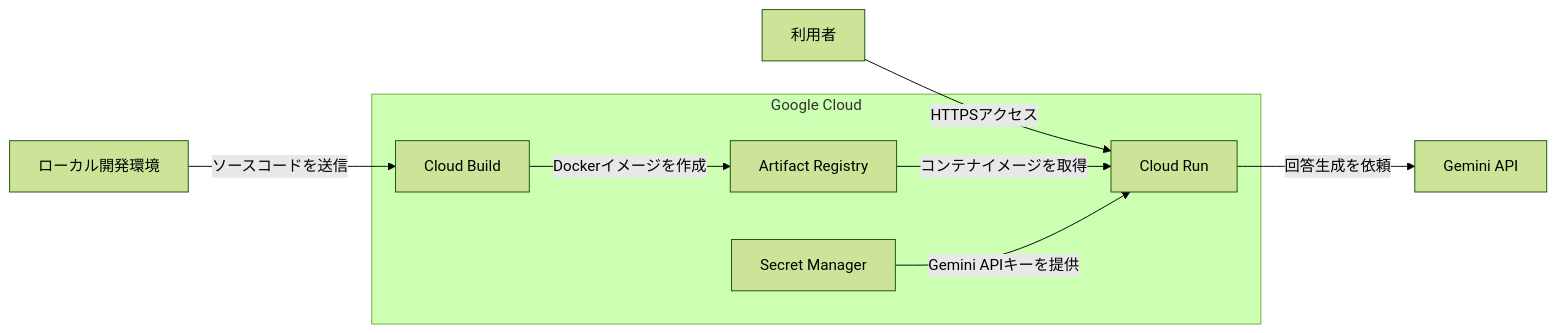
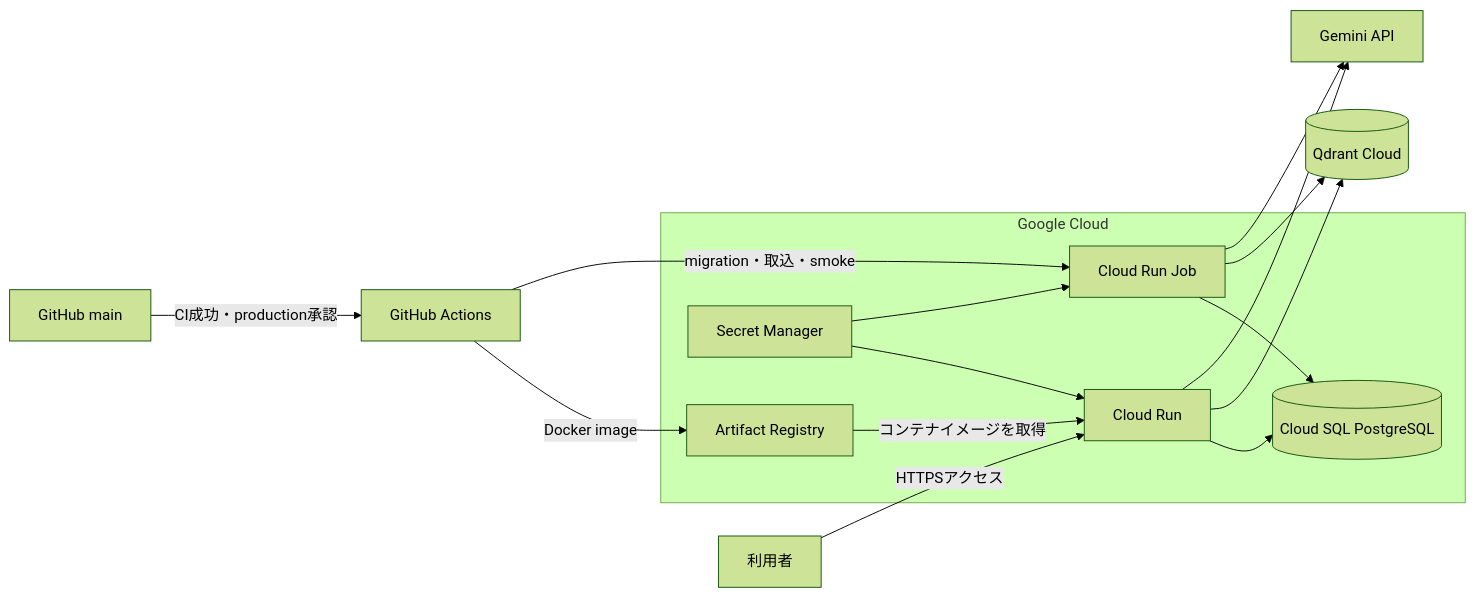
Before and after one commit to toko1970/municipal-rag-assistant: the second of 2 diagrams in README.md, drawn with Mermaid (forest theme). The commit also changed other lines of this file and 3 other files, not shown here.

````diff
--- a/README.md
+++ b/README.md
@@ -82,18 +84,24 @@
 ```mermaid
 flowchart LR
     USER[利用者] -->|HTTPSアクセス| CR[Cloud Run]
-
-    DEV[ローカル開発環境] -->|ソースコードを送信| CB[Cloud Build]
-    CB -->|Dockerイメージを作成| AR[Artifact Registry]
+    DEV[GitHub main] -->|CI成功・production承認| GHA[GitHub Actions]
+    GHA -->|Docker image| AR[Artifact Registry]
+    GHA -->|migration・取込・smoke| JOB[Cloud Run Job]
     AR -->|コンテナイメージを取得| CR
-
-    SM[Secret Manager] -->|Gemini APIキーを提供| CR
-    CR -->|回答生成を依頼| GEMINI[Gemini API]
+    CR --> SQL[(Cloud SQL PostgreSQL)]
+    CR --> QD[(Qdrant Cloud)]
+    CR --> GEMINI[Gemini API]
+    JOB --> SQL
+    JOB --> QD
+    JOB --> GEMINI
+    SM[Secret Manager] --> CR
+    SM --> JOB
 
     subgraph Google Cloud
-        CB
         AR
+        JOB
         CR
+        SQL
         SM
     end
 ```
````
